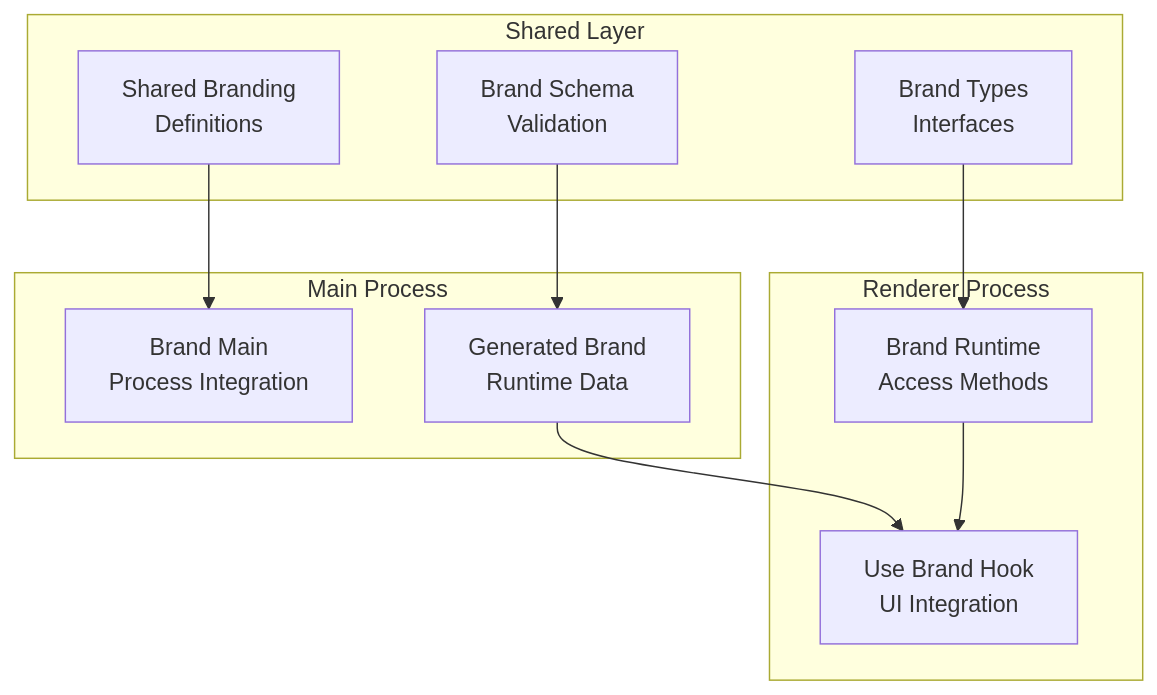
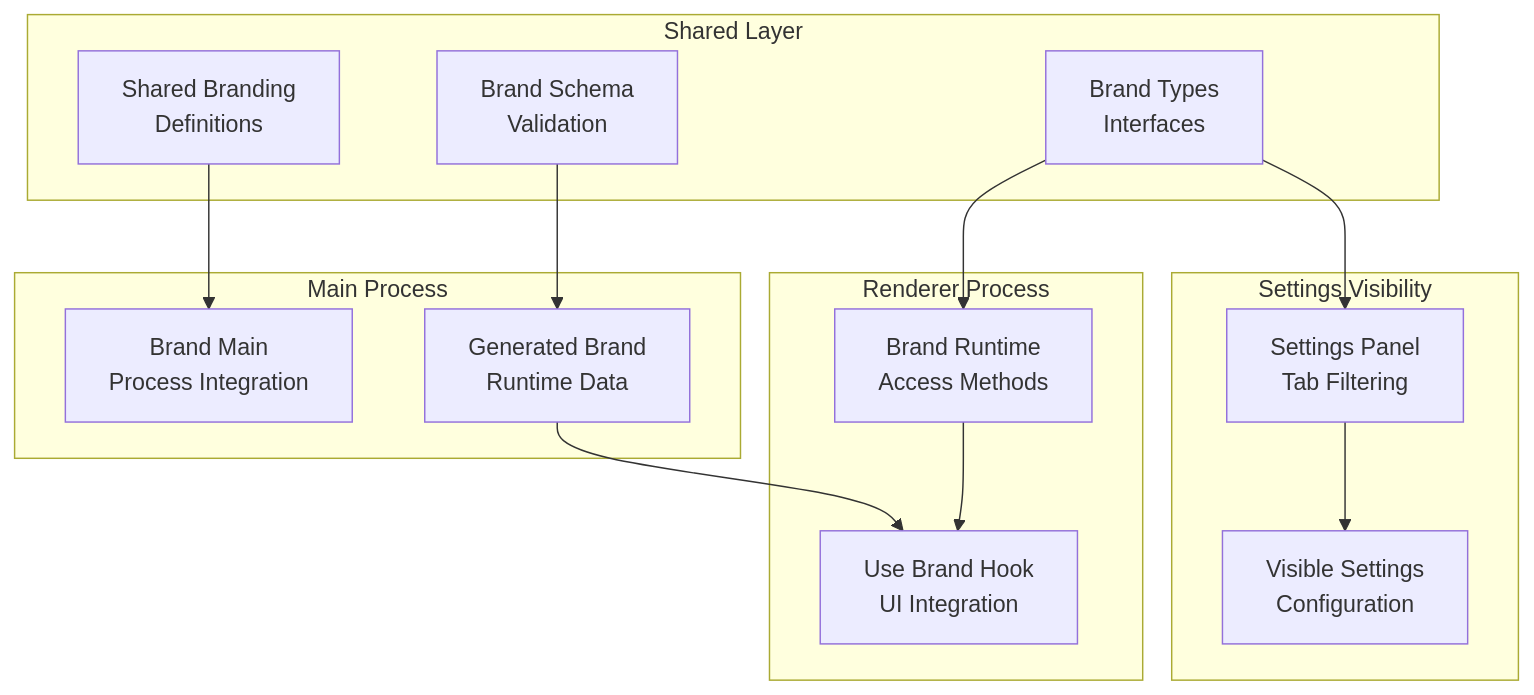
Before and after one commit to jackuh105/open-cowork: the first of 8 diagrams in .qoder/repowiki/en/content/Deployment & Distribution/Branding System.md, drawn with Mermaid. The commit also changed other lines of this file and 2 other files, not shown here.

````diff
--- a/.qoder/repowiki/en/content/Deployment & Distribution/Branding System.md
+++ b/.qoder/repowiki/en/content/Deployment & Distribution/Branding System.md
@@ -39,21 +52,27 @@
 ```mermaid
 graph TB
 subgraph "Shared Layer"
 SharedBrand["Shared Branding<br/>Definitions"]
 BrandSchema["Brand Schema<br/>Validation"]
 BrandTypes["Brand Types<br/>Interfaces"]
 end
 subgraph "Main Process"
 BrandMain["Brand Main<br/>Process Integration"]
 GeneratedBrand["Generated Brand<br/>Runtime Data"]
 end
 subgraph "Renderer Process"
 UseBrand["Use Brand Hook<br/>UI Integration"]
 BrandRuntime["Brand Runtime<br/>Access Methods"]
 end
+subgraph "Settings Visibility"
+SettingsPanel["Settings Panel<br/>Tab Filtering"]
+VisibleSettings["Visible Settings<br/>Configuration"]
+end
 SharedBrand --> BrandMain
 BrandSchema --> GeneratedBrand
 BrandTypes --> BrandRuntime
 GeneratedBrand --> UseBrand
 BrandRuntime --> UseBrand
+BrandTypes --> SettingsPanel
+SettingsPanel --> VisibleSettings
 ```
````
